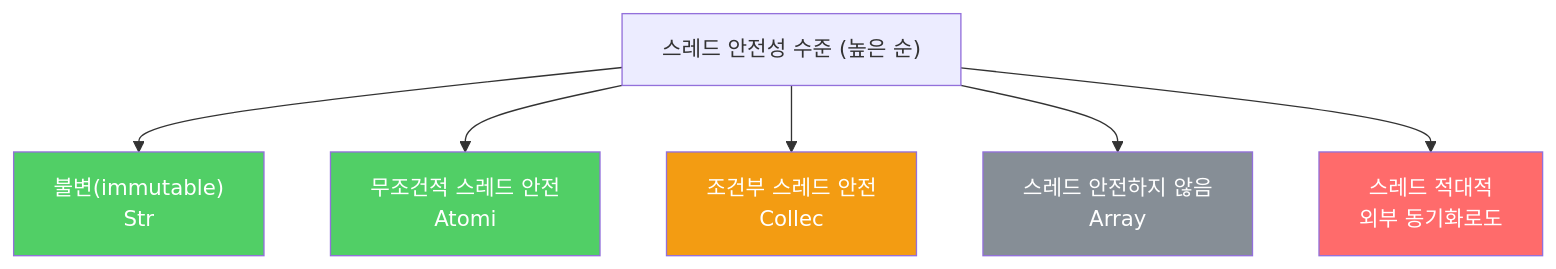
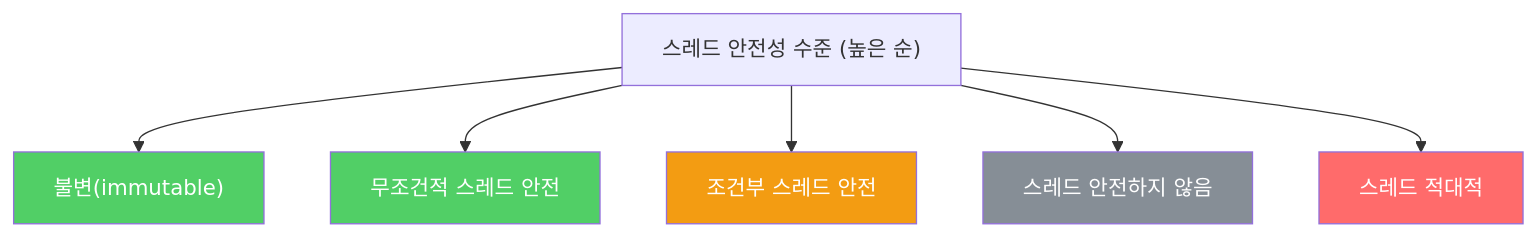
The diagram in _posts/java/2022-03-06-effective-java82.md (yjkim2015/yjkim2015.github.io), drawn with Mermaid before and after one commit. The commit also changed 217 other files, not shown here.

First line of the commit message:
Mermaid 크기 수정: useMaxWidth:true + SVG max-width:100% + 라벨 축소

````diff
--- a/_posts/java/2022-03-06-effective-java82.md
+++ b/_posts/java/2022-03-06-effective-java82.md
@@ -26,13 +26,13 @@
 ```mermaid
 graph TD
-    A["스레드 안전성 수준 (높은 순)"] --> B["불변(immutable)\nStr"]
-    A --> C["무조건적 스레드 안전\nAtomi"]
-    A --> D["조건부 스레드 안전\nCollec"]
-    A --> E["스레드 안전하지 않음\nArray"]
-    A --> F["스레드 적대적\n외부 동기화로도"]
+    A["스레드 안전성 수준 (높은 순)"] --> B["불변(immutable)"]
+    A --> C["무조건적 스레드 안전"]
+    A --> D["조건부 스레드 안전"]
+    A --> E["스레드 안전하지 않음"]
+    A --> F["스레드 적대적"]
     style B fill:#51cf66,color:#fff
     style C fill:#51cf66,color:#fff
     style D fill:#f39c12,color:#fff
     style E fill:#868e96,color:#fff
     style F fill:#ff6b6b,color:#fff
 ```
````
